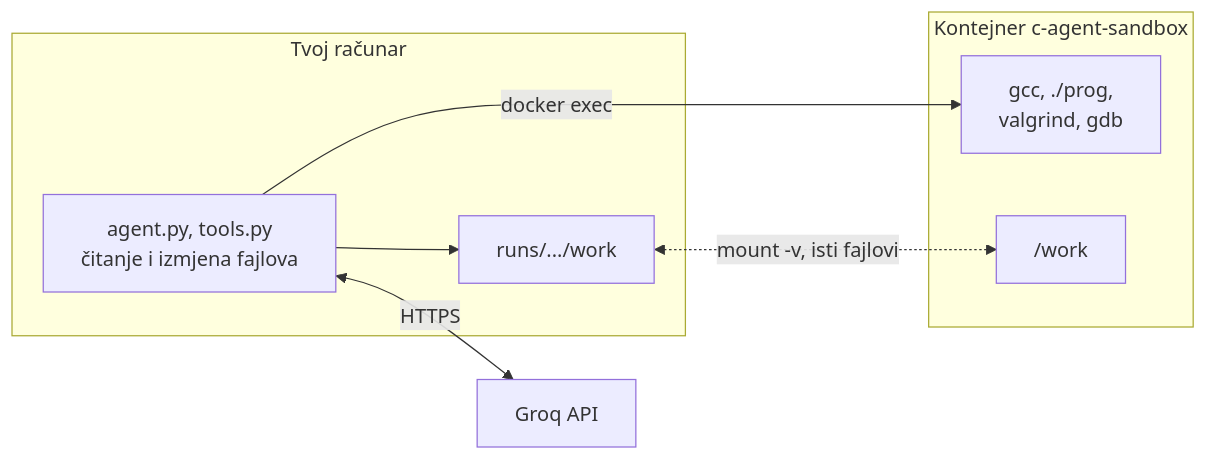
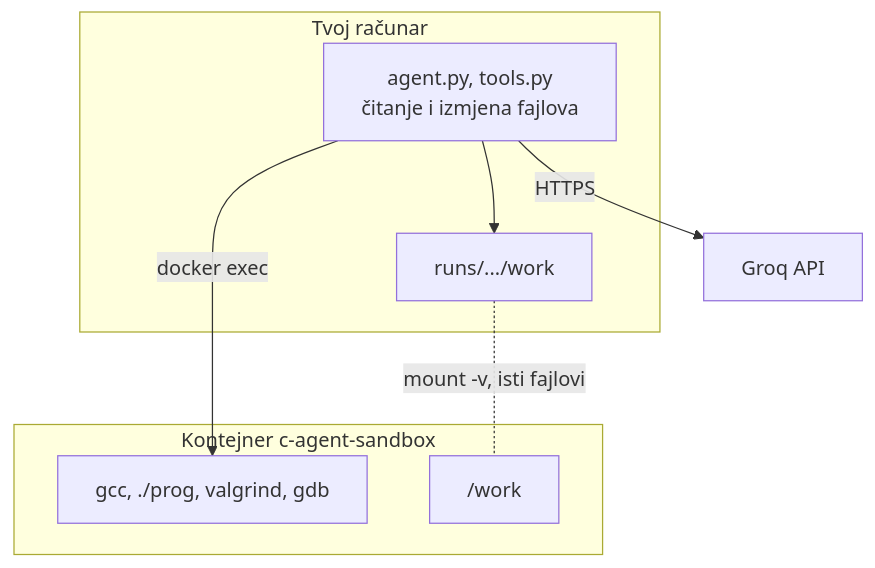
Before and after one commit to jovanncc52/c-debug-agent: the second of 3 diagrams in README.md, drawn with Mermaid.

Commit message:
Draw the sandbox diagram top-down so GitHub sizes it fully.

````diff
--- a/README.md
+++ b/README.md
@@ -90,16 +90,16 @@
 ```mermaid
-flowchart LR
+flowchart TB
     G["Groq API"]
     subgraph Mac["Tvoj računar"]
         A["agent.py, tools.py<br/>čitanje i izmjena fajlova"]
         W["runs/.../work"]
     end
     subgraph K["Kontejner c-agent-sandbox"]
-        X["gcc, ./prog,<br/>valgrind, gdb"]
+        X["gcc, ./prog, valgrind, gdb"]
         V["/work"]
     end
-    A <-->|HTTPS| G
+    A -->|HTTPS| G
     A --> W
     A -->|docker exec| X
-    W <-.->|"mount -v, isti fajlovi"| V
+    W -.-|"mount -v, isti fajlovi"| V
 ```
````
